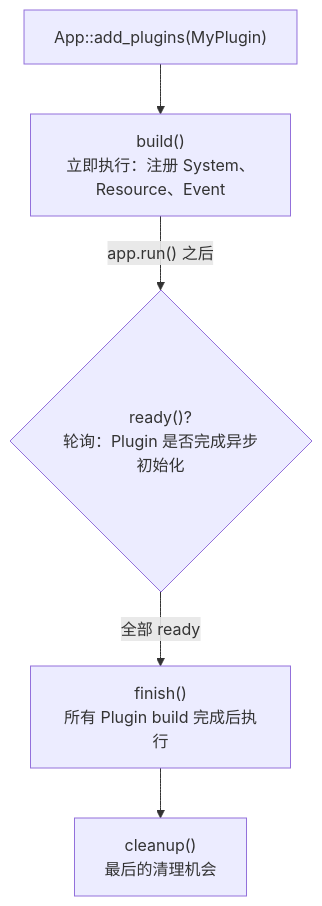
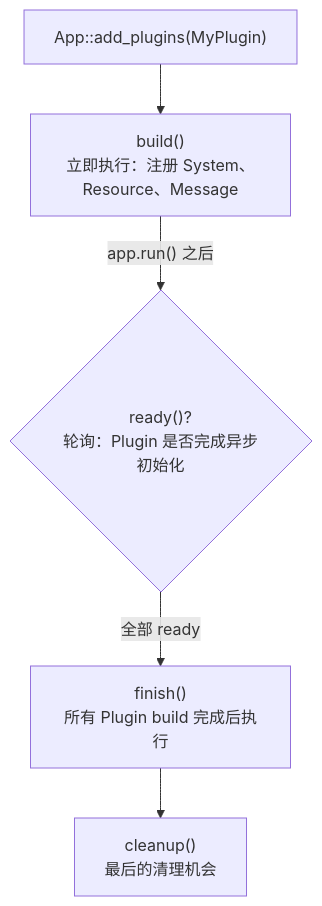
The first of 2 diagrams in src/ch02-app-plugin.md (ZhangHanDong/bevy-book), drawn with Mermaid before and after one commit. The commit also changed other lines of this file and 15 other files, not shown here.

````diff
--- a/src/ch02-app-plugin.md
+++ b/src/ch02-app-plugin.md
@@ -76,7 +76,7 @@
 ```mermaid
 graph TD
-    A["App::add_plugins(MyPlugin)"] --> B["build()<br/>立即执行：注册 System、Resource、Event"]
+    A["App::add_plugins(MyPlugin)"] --> B["build()<br/>立即执行：注册 System、Resource、Message"]
     B -->|"app.run() 之后"| C{"ready()?<br/>轮询：Plugin 是否完成异步初始化"}
     C -->|"全部 ready"| D["finish()<br/>所有 Plugin build 完成后执行"]
     D --> E["cleanup()<br/>最后的清理机会"]
 ```
````
